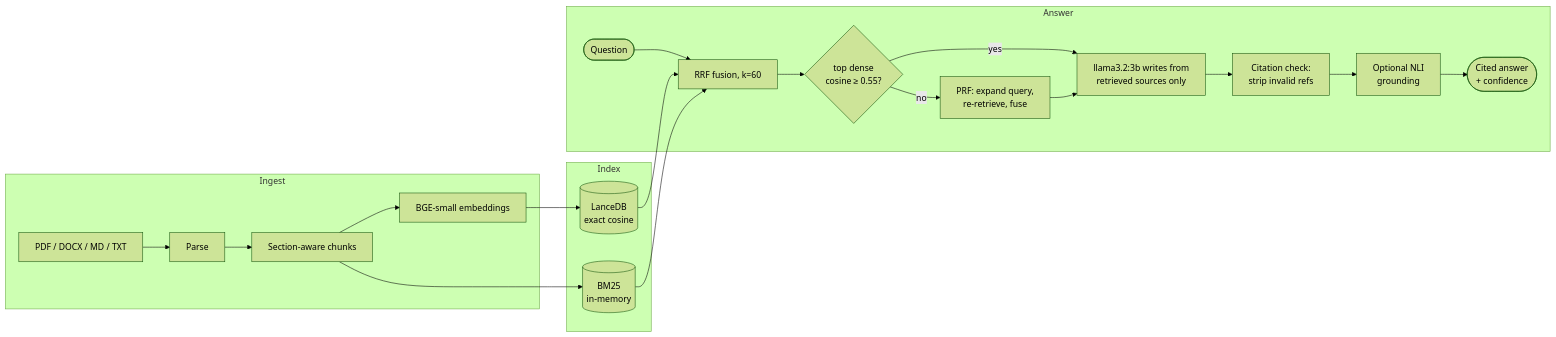
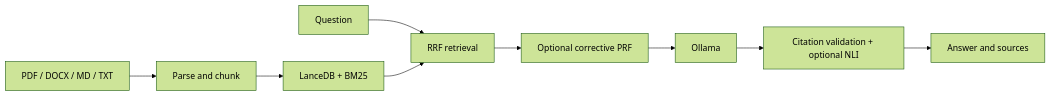
One commit to urmeo/NexusRAG changed the diagram in README.md. Above: the diagram before and after it, drawn with Mermaid (forest theme). The commit also changed other lines of this file and 12 other files, not shown here.

````diff
--- a/README.md
+++ b/README.md
@@ -137,21 +9,7 @@
 ```mermaid
 flowchart LR
-    subgraph Ingest
-        D["PDF / DOCX / MD / TXT"] --> P[Parse] --> C["Section-aware chunks"] --> E["BGE-small embeddings"]
-    end
-    subgraph Index
-        V[("LanceDB<br/>exact cosine")]
-        B[("BM25<br/>in-memory")]
-    end
-    subgraph Answer
-        Q(["Question"]) --> H["RRF fusion, k=60"]
-        H --> G{"top dense<br/>cosine ≥ 0.55?"}
-        G -- yes --> L["llama3.2:3b writes from<br/>retrieved sources only"]
-        G -- no --> F["PRF: expand query,<br/>re-retrieve, fuse"] --> L
-        L --> CV["Citation check:<br/>strip invalid refs"] --> N["Optional NLI<br/>grounding"] --> A(["Cited answer<br/>+ confidence"])
-    end
-    E --> V
-    C --> B
-    V --> H
-    B --> H
+    D[PDF / DOCX / MD / TXT] --> P[Parse and chunk] --> I[LanceDB + BM25]
+    Q[Question] --> R[RRF retrieval]
+    I --> R --> C[Optional corrective PRF] --> L[Ollama]
+    L --> V[Citation validation + optional NLI] --> A[Answer and sources]
 ```
````
